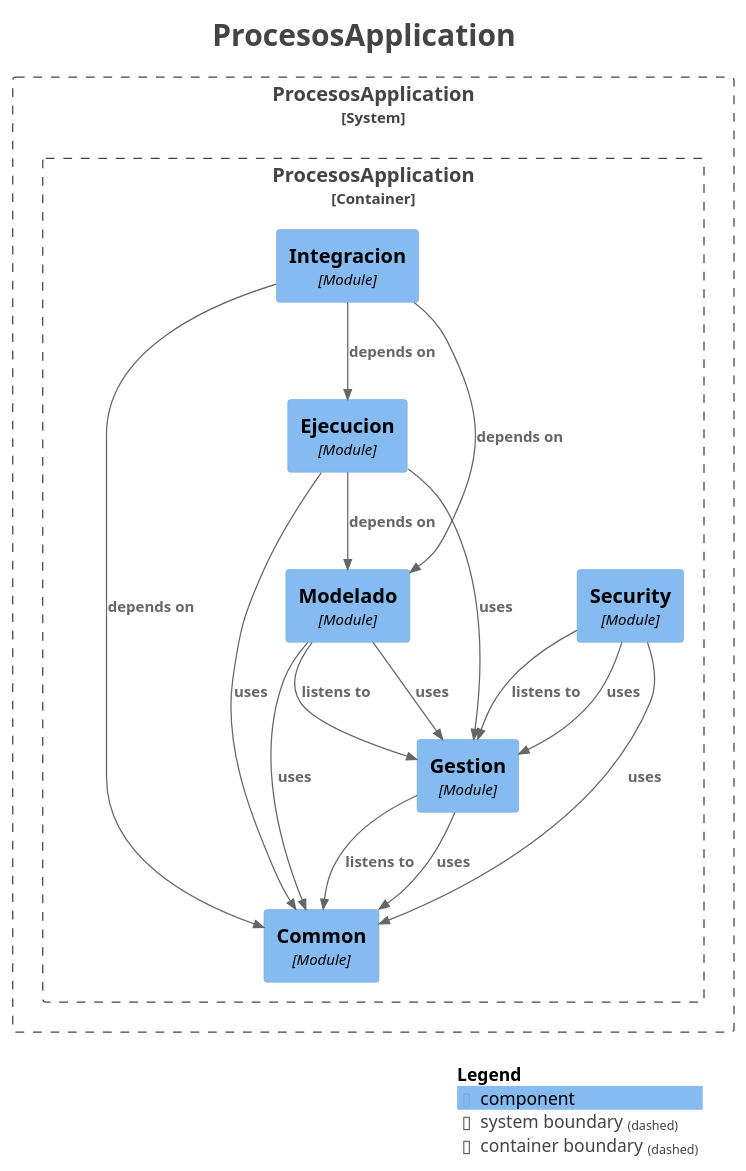
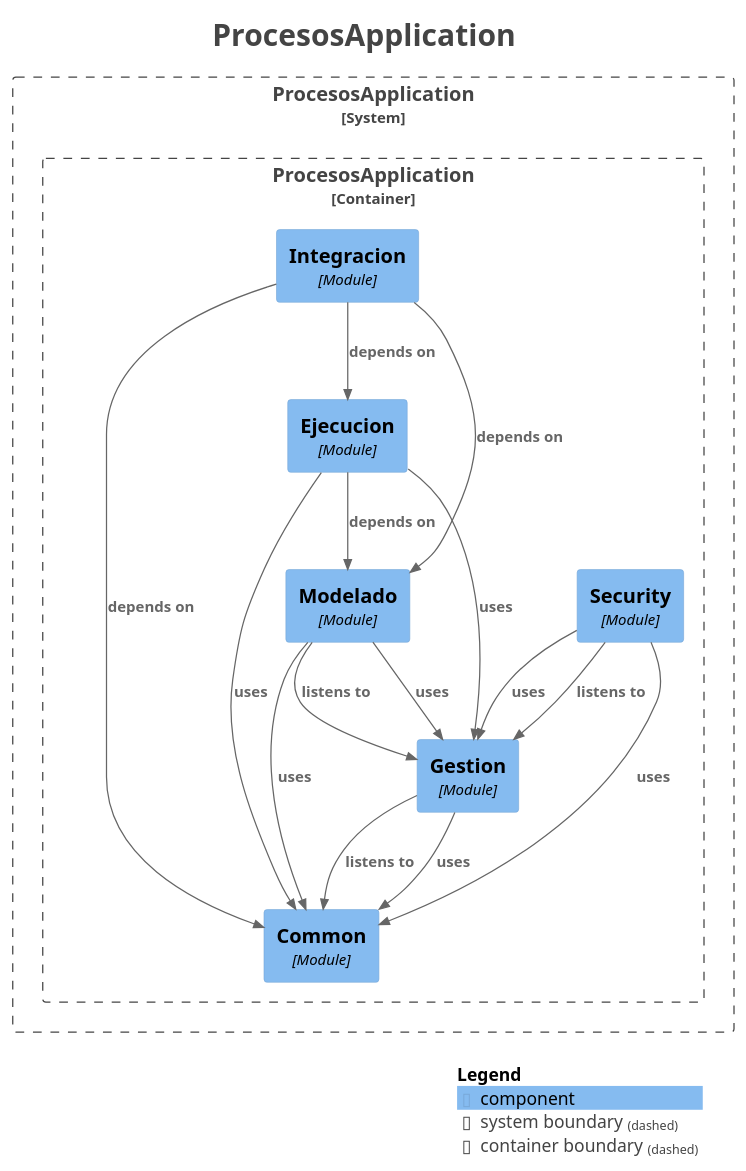
The diagram in docs/modules/components.puml (AndresContreras1/bpmn-process-manager-api), drawn with PlantUML before and after one commit. The commit also changed other lines of this file and 26 other files, not shown here.

```diff
--- a/docs/modules/components.puml
+++ b/docs/modules/components.puml
@@ -1,47 +1,47 @@
 @startuml
 title <size:24>ProcesosApplication</size>
 
 set separator none
 top to bottom direction
 
 <style>
   root {
     BackgroundColor: #ffffff
     FontColor: #444444
   }
 </style>
 
 !include <C4/C4>
 !include <C4/C4_Context>
 !include <C4/C4_Component>
 
 System_Boundary("ProcesosApplication_boundary", "ProcesosApplication", $tags="") {
   Container_Boundary("ProcesosApplication.ProcesosApplication_boundary", "ProcesosApplication", $tags="") {
     Component(ProcesosApplication.ProcesosApplication.Common, "Common", $techn="Module", $descr="", $tags="", $link="")
     Component(ProcesosApplication.ProcesosApplication.Gestion, "Gestion", $techn="Module", $descr="", $tags="", $link="")
     Component(ProcesosApplication.ProcesosApplication.Modelado, "Modelado", $techn="Module", $descr="", $tags="", $link="")
     Component(ProcesosApplication.ProcesosApplication.Security, "Security", $techn="Module", $descr="", $tags="", $link="")
     Component(ProcesosApplication.ProcesosApplication.Ejecucion, "Ejecucion", $techn="Module", $descr="", $tags="", $link="")
     Component(ProcesosApplication.ProcesosApplication.Integracion, "Integracion", $techn="Module", $descr="", $tags="", $link="")
   }
 
 }
 
+Rel(ProcesosApplication.ProcesosApplication.Integracion, ProcesosApplication.ProcesosApplication.Modelado, "depends on", $techn="", $tags="", $link="")
+Rel(ProcesosApplication.ProcesosApplication.Integracion, ProcesosApplication.ProcesosApplication.Common, "depends on", $techn="", $tags="", $link="")
+Rel(ProcesosApplication.ProcesosApplication.Security, ProcesosApplication.ProcesosApplication.Gestion, "listens to", $techn="", $tags="", $link="")
 Rel(ProcesosApplication.ProcesosApplication.Security, ProcesosApplication.ProcesosApplication.Gestion, "uses", $techn="", $tags="", $link="")
 Rel(ProcesosApplication.ProcesosApplication.Security, ProcesosApplication.ProcesosApplication.Common, "uses", $techn="", $tags="", $link="")
 Rel(ProcesosApplication.ProcesosApplication.Modelado, ProcesosApplication.ProcesosApplication.Gestion, "listens to", $techn="", $tags="", $link="")
 Rel(ProcesosApplication.ProcesosApplication.Modelado, ProcesosApplication.ProcesosApplication.Gestion, "uses", $techn="", $tags="", $link="")
 Rel(ProcesosApplication.ProcesosApplication.Modelado, ProcesosApplication.ProcesosApplication.Common, "uses", $techn="", $tags="", $link="")
+Rel(ProcesosApplication.ProcesosApplication.Gestion, ProcesosApplication.ProcesosApplication.Common, "listens to", $techn="", $tags="", $link="")
+Rel(ProcesosApplication.ProcesosApplication.Gestion, ProcesosApplication.ProcesosApplication.Common, "uses", $techn="", $tags="", $link="")
 Rel(ProcesosApplication.ProcesosApplication.Ejecucion, ProcesosApplication.ProcesosApplication.Modelado, "depends on", $techn="", $tags="", $link="")
 Rel(ProcesosApplication.ProcesosApplication.Ejecucion, ProcesosApplication.ProcesosApplication.Common, "uses", $techn="", $tags="", $link="")
 Rel(ProcesosApplication.ProcesosApplication.Ejecucion, ProcesosApplication.ProcesosApplication.Gestion, "uses", $techn="", $tags="", $link="")
-Rel(ProcesosApplication.ProcesosApplication.Gestion, ProcesosApplication.ProcesosApplication.Common, "listens to", $techn="", $tags="", $link="")
-Rel(ProcesosApplication.ProcesosApplication.Gestion, ProcesosApplication.ProcesosApplication.Common, "uses", $techn="", $tags="", $link="")
 Rel(ProcesosApplication.ProcesosApplication.Integracion, ProcesosApplication.ProcesosApplication.Ejecucion, "depends on", $techn="", $tags="", $link="")
-Rel(ProcesosApplication.ProcesosApplication.Integracion, ProcesosApplication.ProcesosApplication.Modelado, "depends on", $techn="", $tags="", $link="")
-Rel(ProcesosApplication.ProcesosApplication.Integracion, ProcesosApplication.ProcesosApplication.Common, "depends on", $techn="", $tags="", $link="")
-Rel(ProcesosApplication.ProcesosApplication.Security, ProcesosApplication.ProcesosApplication.Gestion, "listens to", $techn="", $tags="", $link="")
 
 SHOW_LEGEND(true)
 hide stereotypes
 @enduml
```
